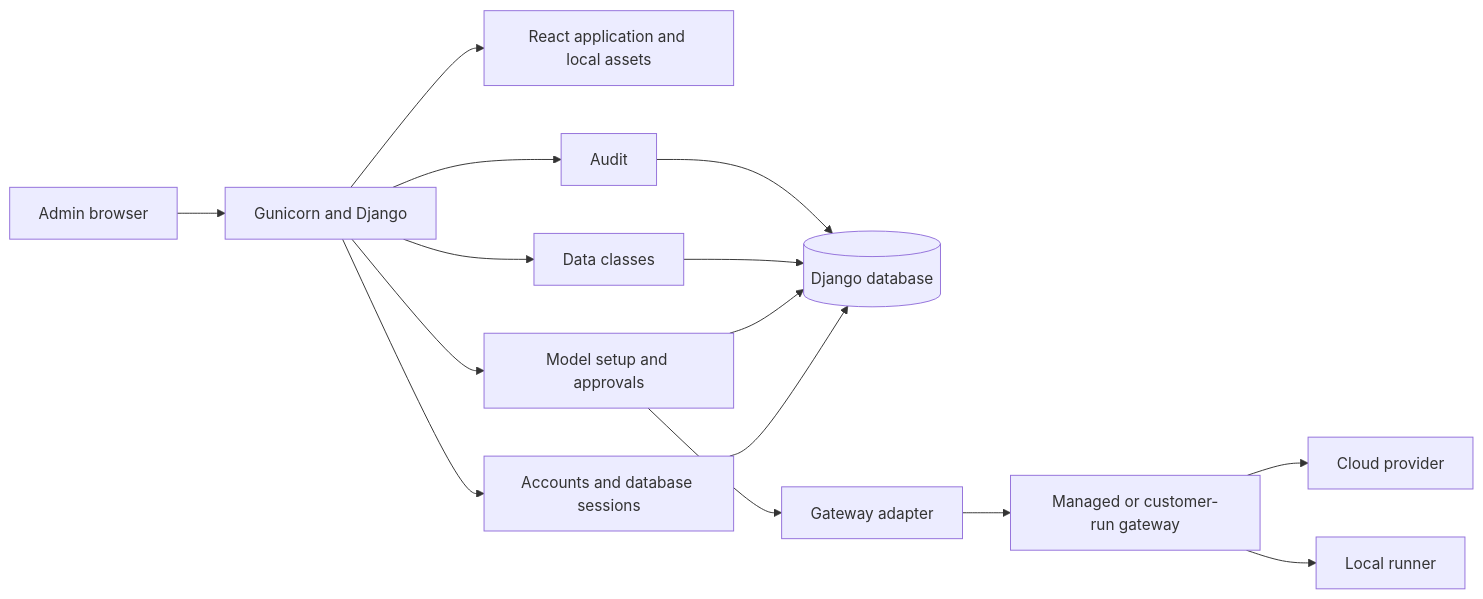
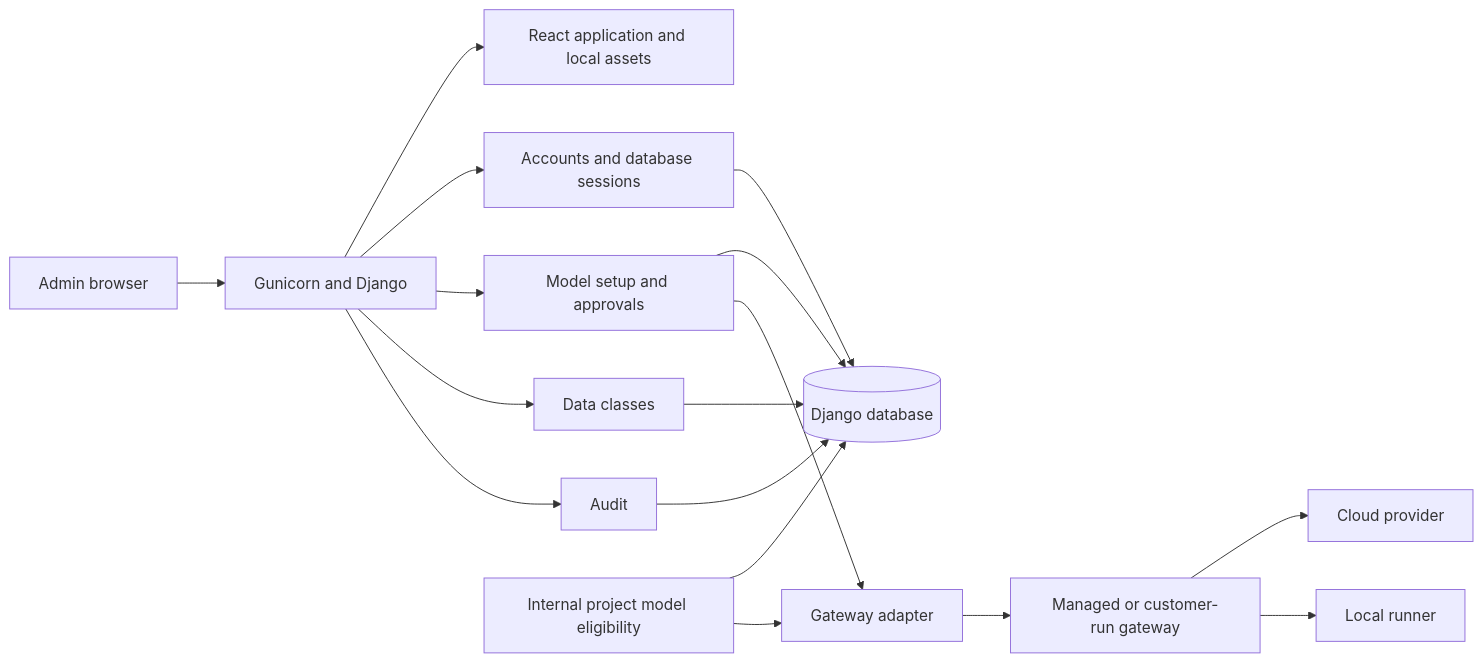
One commit to OsamaFelFel/keeplane changed the diagram in docs/architecture/local-preview.md. Above: the diagram before and after it, drawn with Mermaid. The commit also changed other lines of this file and 3 other files, not shown here.

Commit message:
Compute project model eligibility from Django policy

````diff
--- a/docs/architecture/local-preview.md
+++ b/docs/architecture/local-preview.md
@@ -7,17 +7,19 @@
 ```mermaid
 flowchart LR
   Browser[Admin browser] --> App[Gunicorn and Django]
   App --> UI[React application and local assets]
   App --> Accounts[Accounts and database sessions]
   App --> Models[Model setup and approvals]
   App --> Classes[Data classes]
   App --> Audit[Audit]
   Accounts --> DB[(Django database)]
   Models --> DB
+  Eligibility[Internal project model eligibility] --> DB
+  Eligibility --> Adapter
   Classes --> DB
   Audit --> DB
   Models --> Adapter[Gateway adapter]
   Adapter --> Gateway[Managed or customer-run gateway]
   Gateway --> Cloud[Cloud provider]
   Gateway --> Runner[Local runner]
 ```
````
